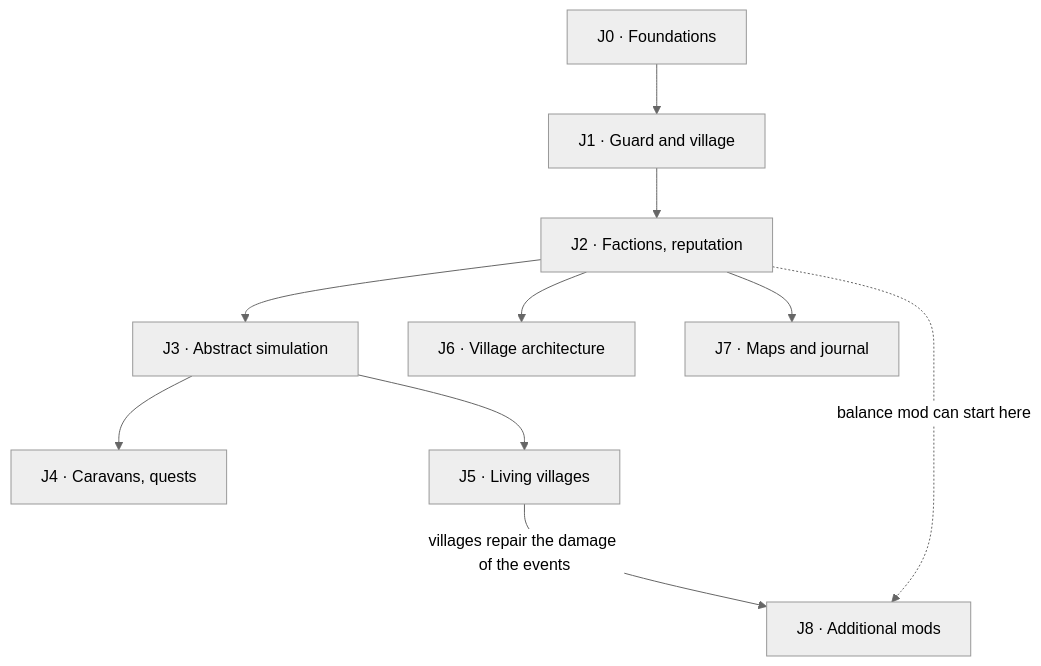
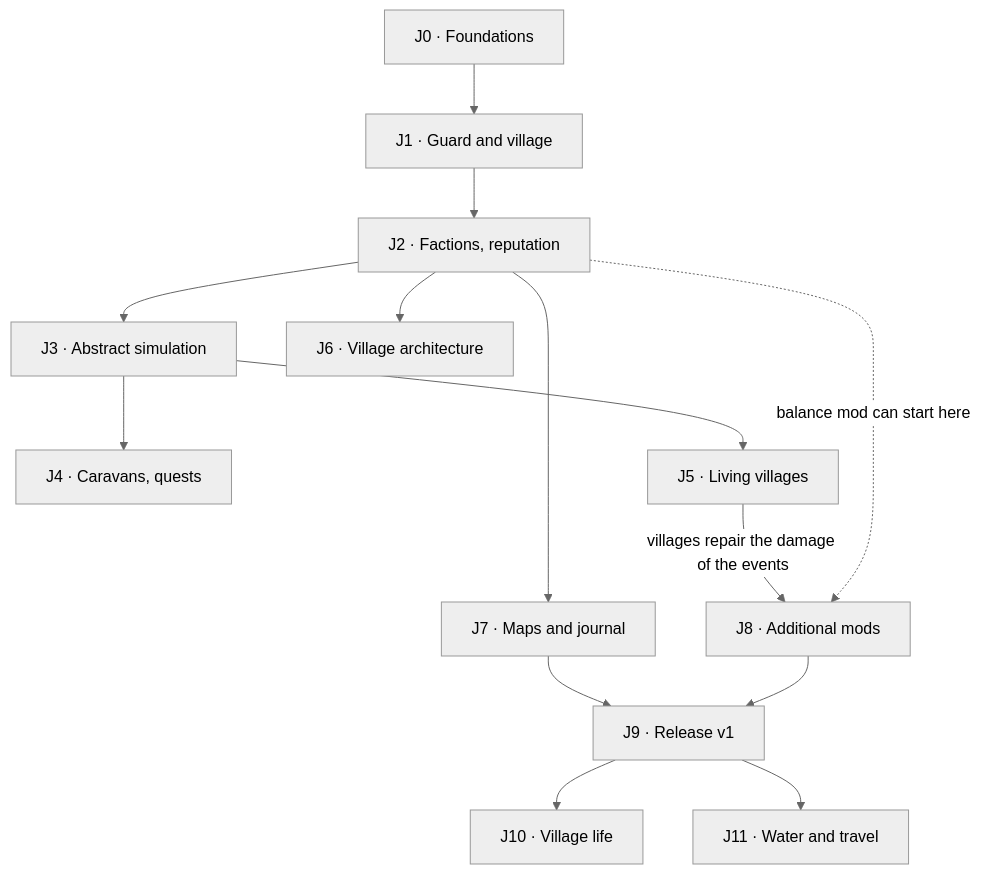
Before and after one commit to nicolas-goyon/Folkhold: the second of 2 diagrams in docs/design.md, drawn with Mermaid (neutral theme). The commit also changed other lines of this file, not shown here.

First line of the commit message:
docs: add the milestones J9, J10 and J11 to the roadmap [patch] (#523)

````diff
--- a/docs/design.md
+++ b/docs/design.md
@@ -877,12 +880,16 @@
 ```mermaid
 flowchart TB
     J0["J0 · Foundations"] --> J1["J1 · Guard and village"]
     J1 --> J2["J2 · Factions, reputation"]
     J2 --> J3["J3 · Abstract simulation"]
     J3 --> J4["J4 · Caravans, quests"]
     J3 --> J5["J5 · Living villages"]
     J2 --> J6["J6 · Village architecture"]
     J2 --> J7["J7 · Maps and journal"]
     J5 -- "villages repair the damage of the events" --> J8["J8 · Additional mods"]
     J2 -. "balance mod can start here" .-> J8
+    J7 --> J9["J9 · Release v1"]
+    J8 --> J9
+    J9 --> J10["J10 · Village life"]
+    J9 --> J11["J11 · Water and travel"]
 ```
````
